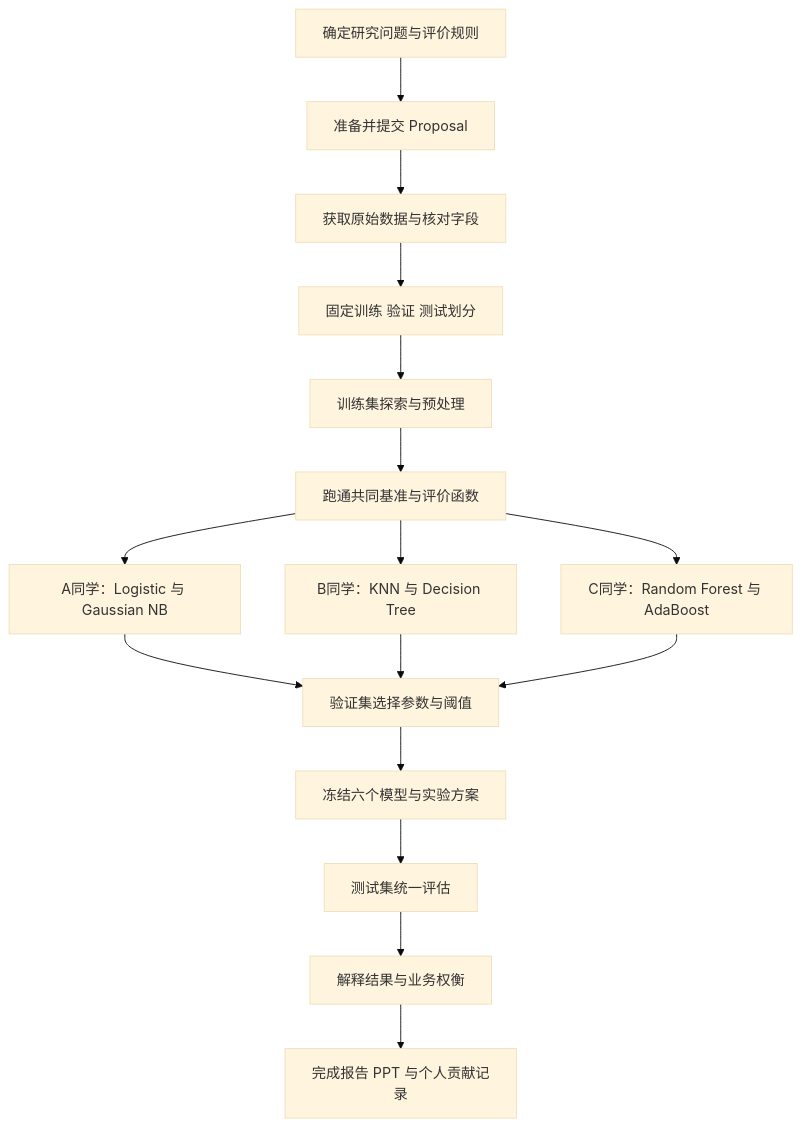
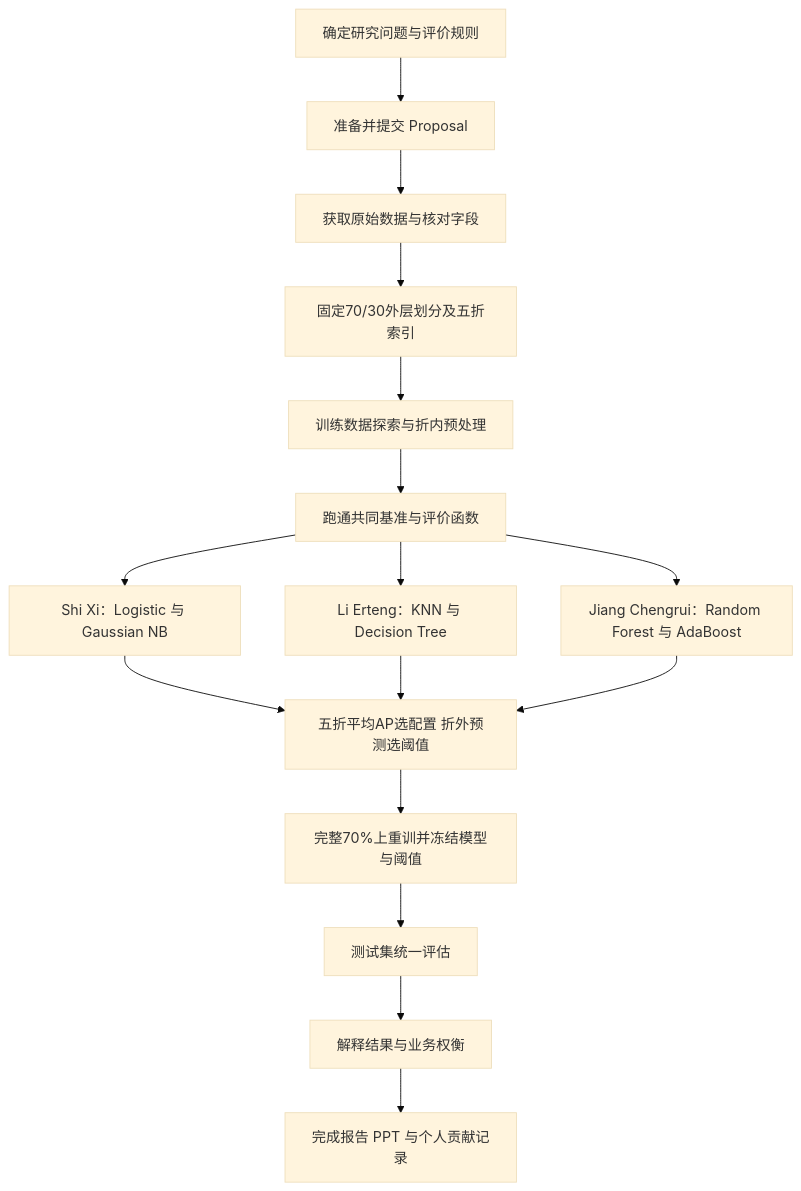
One commit to ishixi233/Credit-MLoF changed the first of 2 diagrams in Proposal/03_信用卡违约项目总体工作流程.md. Above: the diagram before and after it, drawn with Mermaid (base theme). The commit also changed other lines of this file and 17 other files, not shown here.

````diff
--- a/Proposal/03_信用卡违约项目总体工作流程.md
+++ b/Proposal/03_信用卡违约项目总体工作流程.md
@@ -15,18 +15,18 @@
 ```mermaid
 flowchart TD
     A[确定研究问题与评价规则] --> B[准备并提交 Proposal]
     B --> C[获取原始数据与核对字段]
-    C --> D[固定训练 验证 测试划分]
-    D --> E[训练集探索与预处理]
+    C --> D[固定70/30外层划分及五折索引]
+    D --> E[训练数据探索与折内预处理]
     E --> F[跑通共同基准与评价函数]
-    F --> G1[A同学：Logistic 与 Gaussian NB]
-    F --> G2[B同学：KNN 与 Decision Tree]
-    F --> G3[C同学：Random Forest 与 AdaBoost]
-    G1 --> H[验证集选择参数与阈值]
+    F --> G1[Shi Xi：Logistic 与 Gaussian NB]
+    F --> G2[Li Erteng：KNN 与 Decision Tree]
+    F --> G3[Jiang Chengrui：Random Forest 与 AdaBoost]
+    G1 --> H[五折平均AP选配置 折外预测选阈值]
     G2 --> H
     G3 --> H
-    H --> I[冻结六个模型与实验方案]
+    H --> I[完整70%上重训并冻结模型与阈值]
     I --> J[测试集统一评估]
     J --> K[解释结果与业务权衡]
     K --> L[完成报告 PPT 与个人贡献记录]
 ```
````
